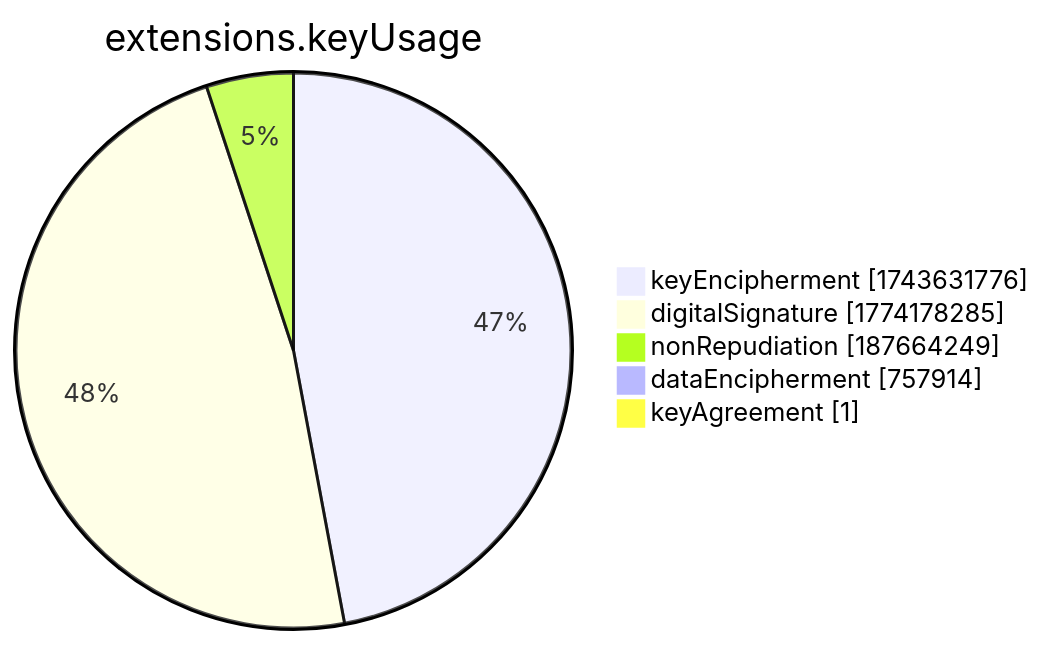
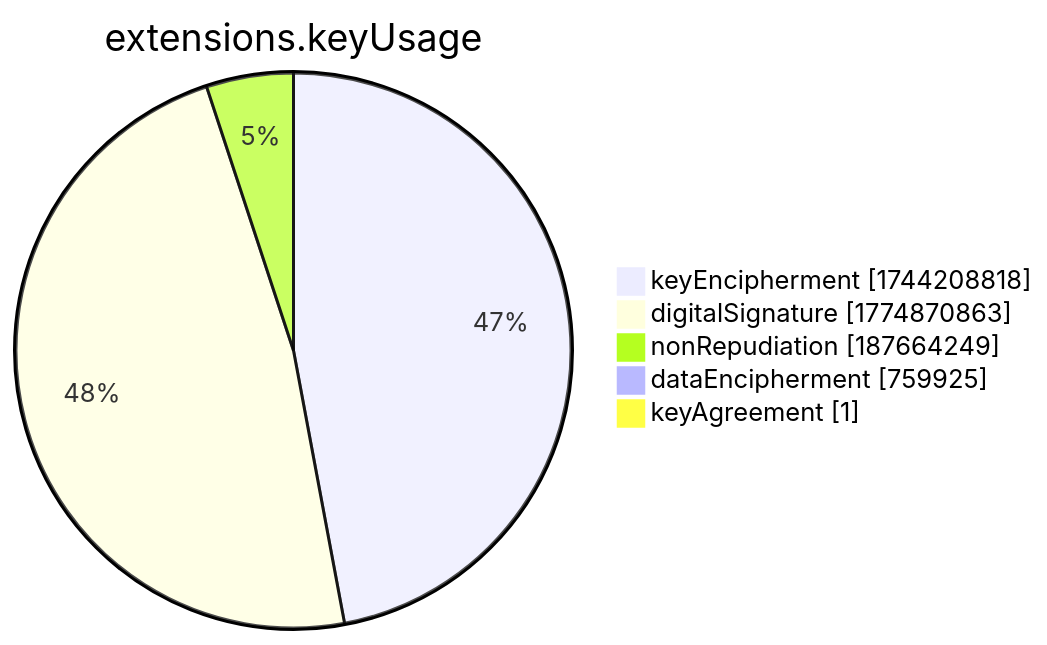
One commit to christiankrug/ctmonitor_visualization changed the seventh of 15 diagrams in xenon2022/README.md. Above: the diagram before and after it, drawn with Mermaid. The commit also changed other lines of this file, not shown here.

````diff
--- a/xenon2022/README.md
+++ b/xenon2022/README.md
@@ -2859,9 +2859,9 @@
 ```mermaid
 pie showData
 title extensions.keyUsage
-"keyEncipherment" :1743631776
-"digitalSignature" :1774178285
+"keyEncipherment" :1744208818
+"digitalSignature" :1774870863
 "nonRepudiation" :187664249
-"dataEncipherment" :757914
+"dataEncipherment" :759925
 "keyAgreement" :1
 ```
````
